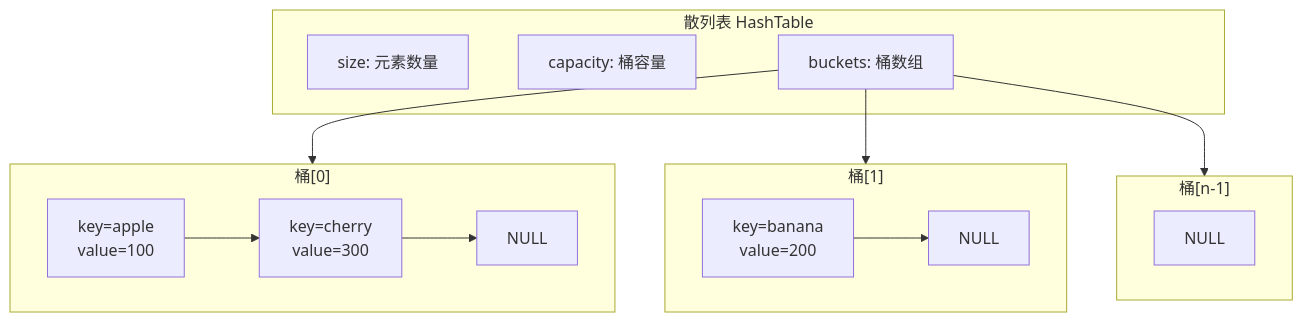
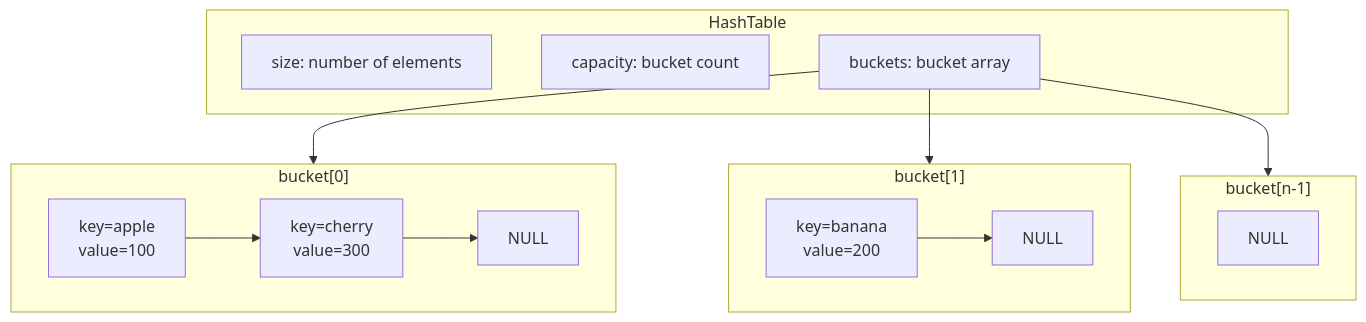
The first of 2 diagrams in README.md (anjuxi/C-hash_table), drawn with Mermaid before and after one commit. The commit also changed other lines of this file, not shown here.

````diff
--- a/README.md
+++ b/README.md
@@ -21,25 +21,25 @@
 ```mermaid
 graph TB
-    subgraph HashTable["散列表 HashTable"]
-        A[size: 元素数量]
-        B[capacity: 桶容量]
-        C[buckets: 桶数组]
+    subgraph HashTable["HashTable"]
+        A[size: number of elements]
+        B[capacity: bucket count]
+        C[buckets: bucket array]
     end
-    
-    subgraph Bucket0["桶[0]"]
+
+    subgraph Bucket0["bucket[0]"]
         N1["key=apple<br/>value=100"] --> N2["key=cherry<br/>value=300"]
         N2 --> NULL1[NULL]
     end
-    
-    subgraph Bucket1["桶[1]"]
+
+    subgraph Bucket1["bucket[1]"]
         N3["key=banana<br/>value=200"] --> NULL2[NULL]
     end
-    
-    subgraph BucketN["桶[n-1]"]
+
+    subgraph BucketN["bucket[n-1]"]
         NULL3[NULL]
     end
-    
+
     C --> Bucket0
     C --> Bucket1
     C --> BucketN
 ```
````
